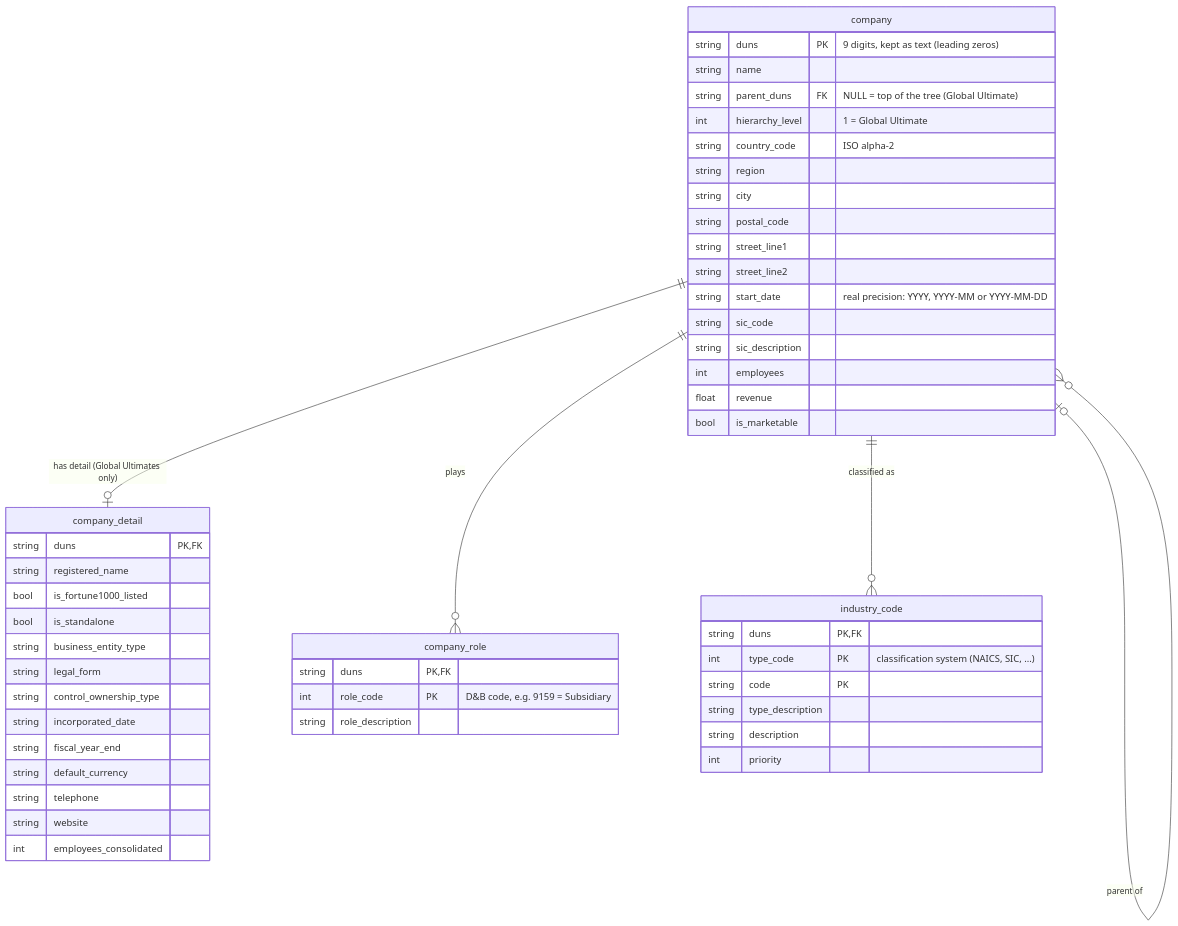
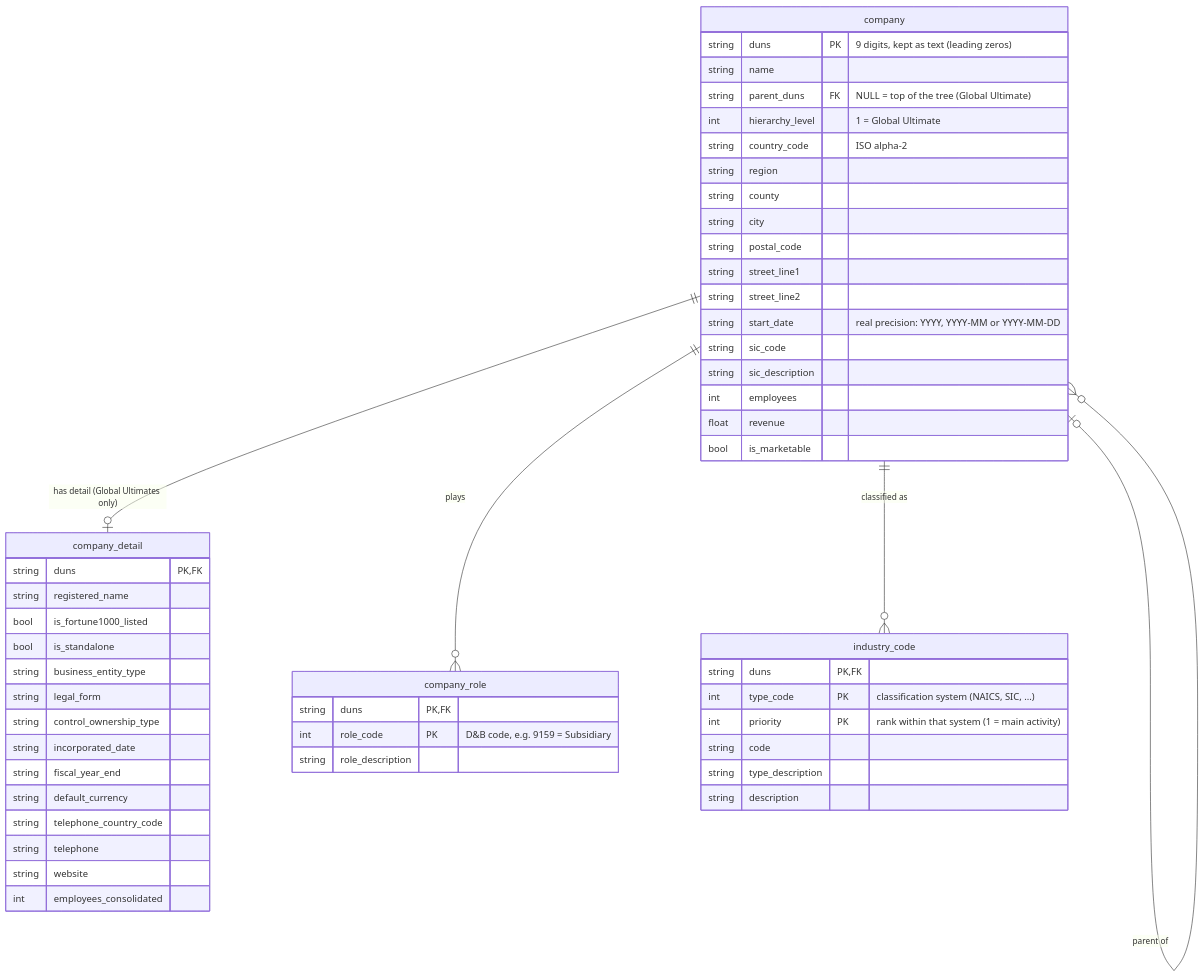
Before and after one commit to GuiPadinha/efficio-pipeline: the diagram in docs/erd.md, drawn with Mermaid. The commit also changed other lines of this file and 2 other files, not shown here.

Commit message:
Pipeline: read, validate, link and write Parquet; data checks; one unit test for the join

````diff
--- a/docs/erd.md
+++ b/docs/erd.md
@@ -3,57 +3,59 @@
 ```mermaid
 erDiagram
     company |o--o{ company : "parent of"
     company ||--o| company_detail : "has detail (Global Ultimates only)"
     company ||--o{ company_role : "plays"
     company ||--o{ industry_code : "classified as"
 
     company {
         string duns PK "9 digits, kept as text (leading zeros)"
         string name
         string parent_duns FK "NULL = top of the tree (Global Ultimate)"
         int hierarchy_level "1 = Global Ultimate"
         string country_code "ISO alpha-2"
         string region
+        string county
         string city
         string postal_code
         string street_line1
         string street_line2
         string start_date "real precision: YYYY, YYYY-MM or YYYY-MM-DD"
         string sic_code
         string sic_description
         int employees
         float revenue
         bool is_marketable
     }
 
     company_detail {
         string duns PK, FK
         string registered_name
         bool is_fortune1000_listed
         bool is_standalone
         string business_entity_type
         string legal_form
         string control_ownership_type
         string incorporated_date
         string fiscal_year_end
         string default_currency
+        string telephone_country_code
         string telephone
         string website
         int employees_consolidated
     }
 
     company_role {
         string duns PK, FK
         int role_code PK "D&B code, e.g. 9159 = Subsidiary"
         string role_description
     }
 
     industry_code {
         string duns PK, FK
         int type_code PK "classification system (NAICS, SIC, ...)"
-        string code PK
+        int priority PK "rank within that system (1 = main activity)"
+        string code
         string type_description
         string description
-        int priority
     }
 ```
````
